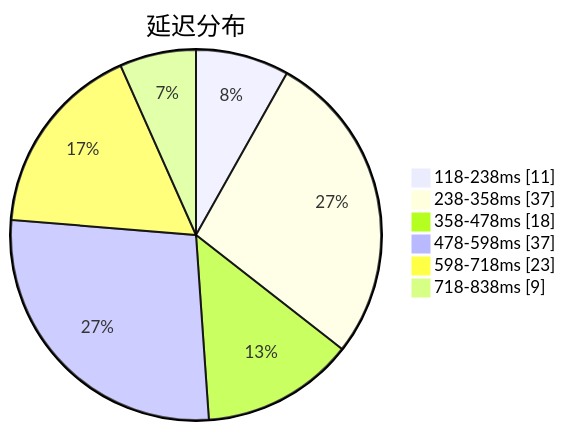
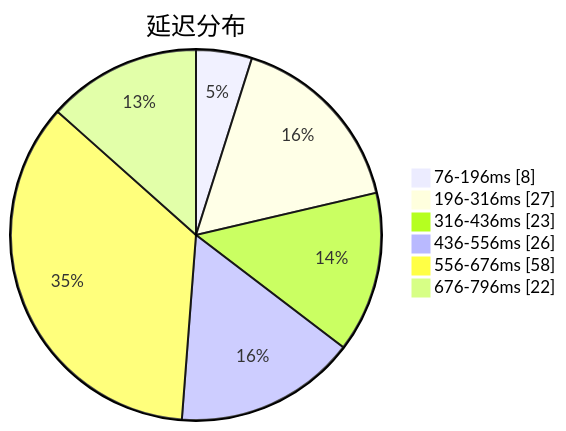
Before and after one commit to sinspired/airport: the first of 3 diagrams in subs/statistics/tested_within.md, drawn with Mermaid. The commit also changed other lines of this file and 2 other files, not shown here.

````diff
--- a/subs/statistics/tested_within.md
+++ b/subs/statistics/tested_within.md
@@ -2,10 +2,10 @@
 ```mermaid
 pie showData
 title 延迟分布
-"118-238ms" : 11
-"238-358ms" : 37
-"358-478ms" : 18
-"478-598ms" : 37
-"598-718ms" : 23
-"718-838ms" : 9
+"76-196ms" : 8
+"196-316ms" : 27
+"316-436ms" : 23
+"436-556ms" : 26
+"556-676ms" : 58
+"676-796ms" : 22
 ```
````
